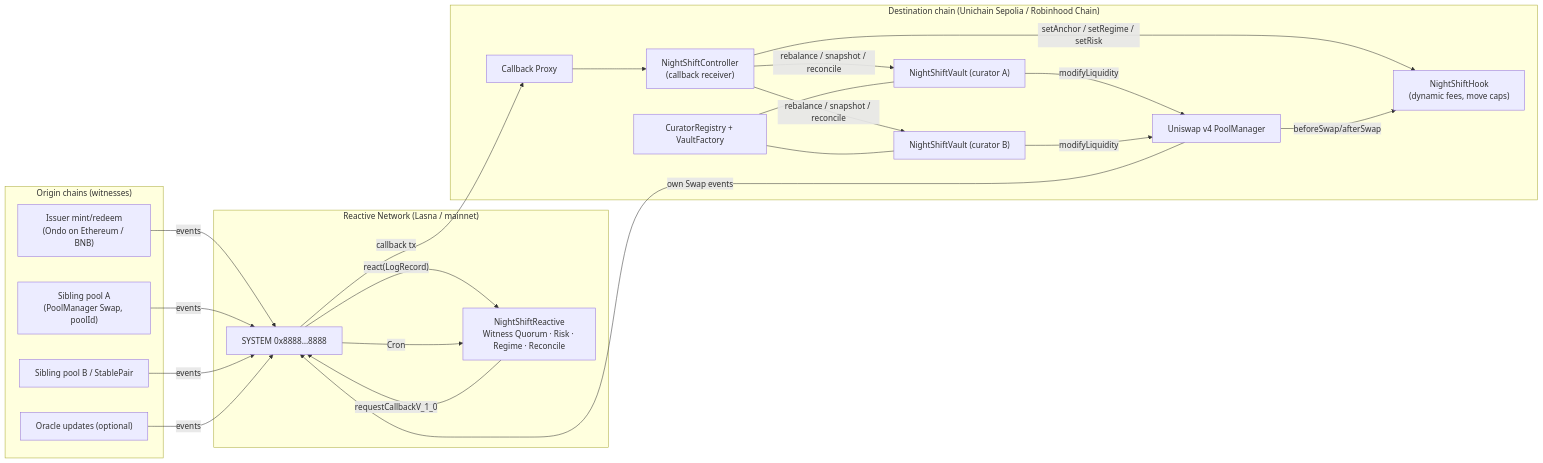
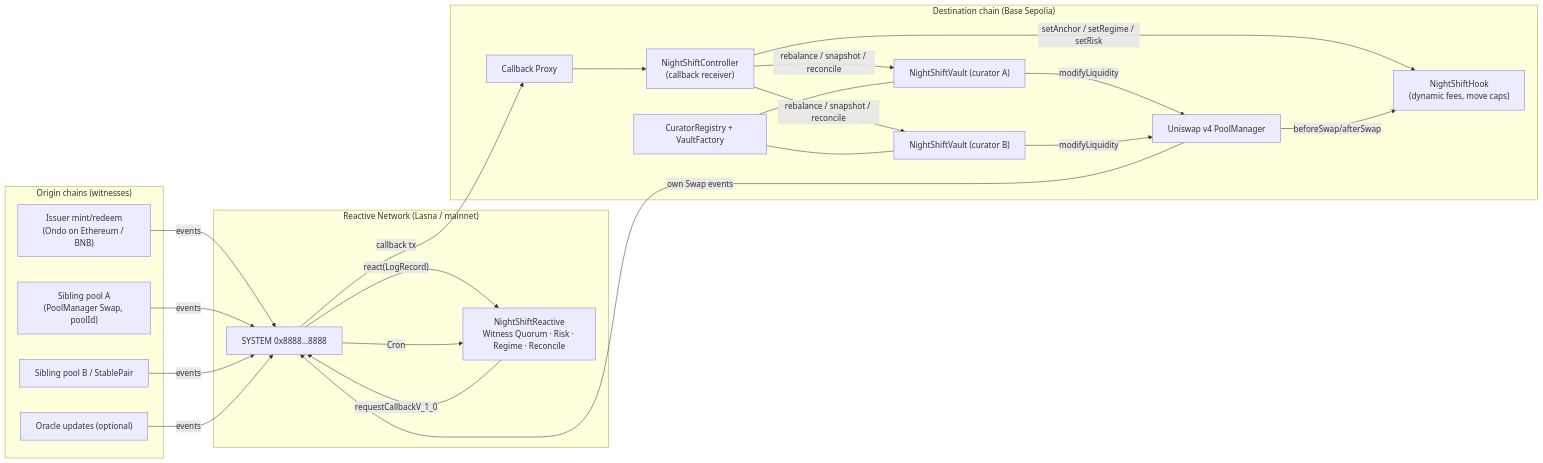
The first of 2 diagrams in README.md (mie-intel/nightshift-uhi), drawn with Mermaid before and after one commit. The commit also changed other lines of this file and 4 other files, not shown here.

Commit message:
docs: ADR-015 destination = Base Sepolia; update topology

````diff
--- a/README.md
+++ b/README.md
@@ -181,42 +181,42 @@
 ```mermaid
 flowchart LR
   subgraph Origins["Origin chains (witnesses)"]
     ISS["Issuer mint/redeem<br/>(Ondo on Ethereum / BNB)"]
     SIB1["Sibling pool A<br/>(PoolManager Swap, poolId)"]
     SIB2["Sibling pool B / StablePair"]
     ORA["Oracle updates (optional)"]
   end
 
   subgraph RN["Reactive Network (Lasna / mainnet)"]
     SYS["SYSTEM 0x8888…8888"]
     NR["NightShiftReactive<br/>Witness Quorum · Risk · Regime · Reconcile"]
   end
 
-  subgraph Dest["Destination chain (Unichain Sepolia / Robinhood Chain)"]
+  subgraph Dest["Destination chain (Base Sepolia)"]
     CP["Callback Proxy"]
     CTRL["NightShiftController<br/>(callback receiver)"]
     HOOK["NightShiftHook<br/>(dynamic fees, move caps)"]
     PM["Uniswap v4 PoolManager"]
     V1["NightShiftVault (curator A)"]
     V2["NightShiftVault (curator B)"]
     REG["CuratorRegistry + VaultFactory"]
   end
 
   ISS -- events --> SYS
   SIB1 -- events --> SYS
   SIB2 -- events --> SYS
   ORA -- events --> SYS
   PM -- own Swap events --> SYS
   SYS -- react(LogRecord) --> NR
   SYS -- Cron --> NR
   NR -- requestCallbackV_1_0 --> SYS
   SYS -- callback tx --> CP --> CTRL
   CTRL -- setAnchor / setRegime / setRisk --> HOOK
   CTRL -- rebalance / snapshot / reconcile --> V1
   CTRL -- rebalance / snapshot / reconcile --> V2
   V1 -- modifyLiquidity --> PM
   V2 -- modifyLiquidity --> PM
   PM -- beforeSwap/afterSwap --> HOOK
   REG --- V1
   REG --- V2
 ```
````
